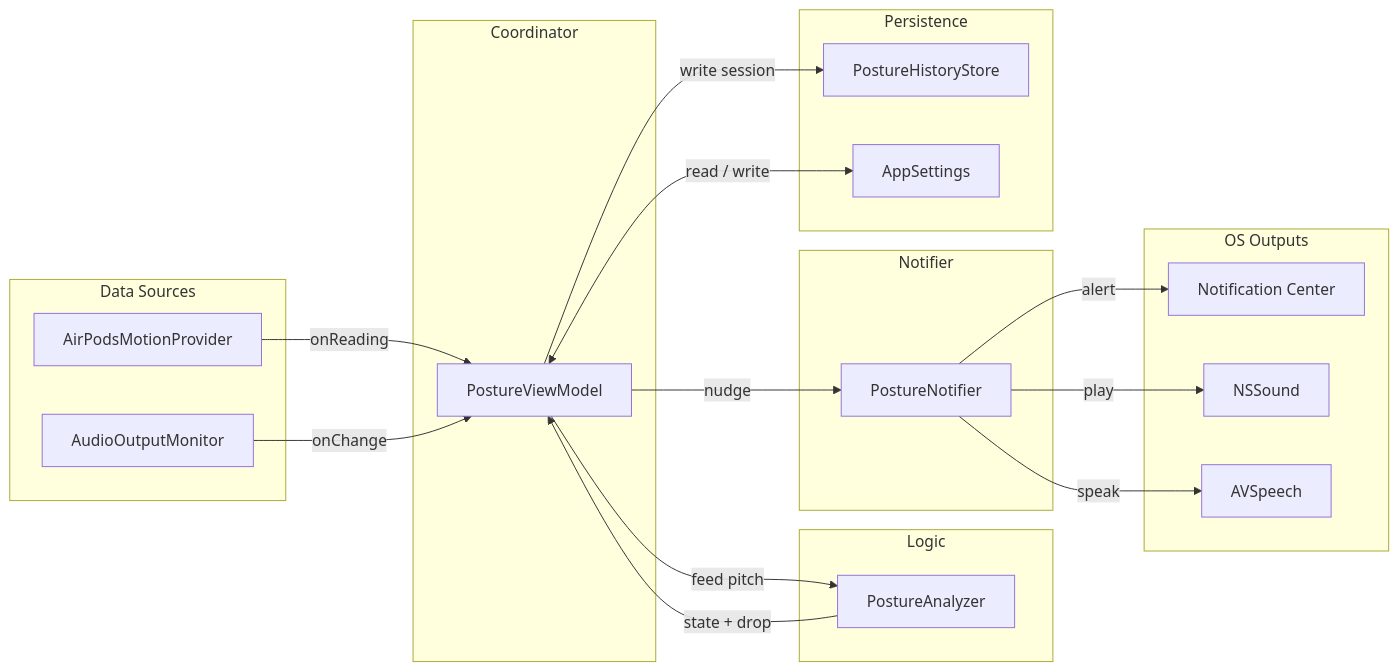
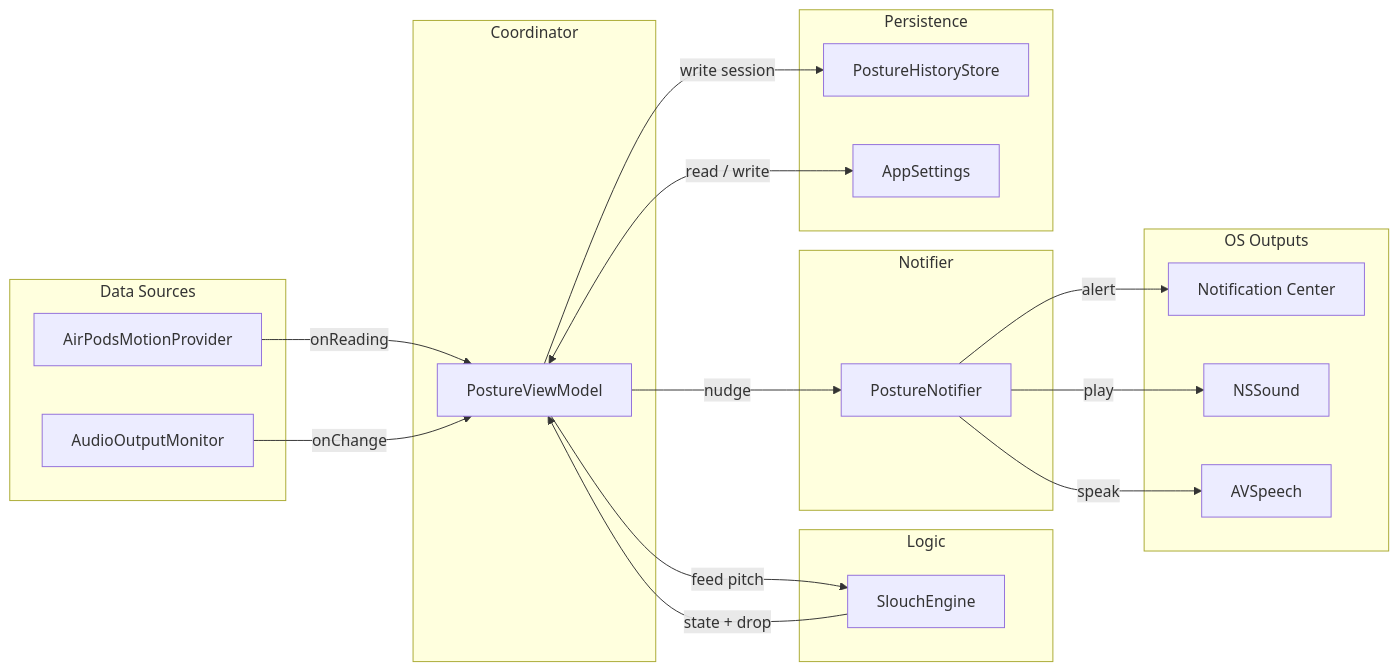
One commit to navaneethbv/NoSlouch changed the diagram in README.md. Above: the diagram before and after it, drawn with Mermaid. The commit also changed other lines of this file and 7 other files, not shown here.

````diff
--- a/README.md
+++ b/README.md
@@ -43,36 +43,36 @@
 ```mermaid
 flowchart LR
     subgraph inputs ["Data Sources"]
         AMP["AirPodsMotionProvider"]
         AOM["AudioOutputMonitor"]
     end
     subgraph core ["Coordinator"]
         PVM["PostureViewModel"]
     end
     subgraph logic ["Logic"]
-        PA["PostureAnalyzer"]
+        PA["SlouchEngine"]
     end
     subgraph output ["Notifier"]
         PN["PostureNotifier"]
     end
     subgraph persistence ["Persistence"]
         PHS["PostureHistoryStore"]
         AS["AppSettings"]
     end
     subgraph os ["OS Outputs"]
         NC["Notification Center"]
         NS["NSSound"]
         AVS["AVSpeech"]
     end
 
     AMP -->|"onReading"| PVM
     AOM -->|"onChange"| PVM
     PVM -->|"feed pitch"| PA
     PA -->|"state + drop"| PVM
     PVM -->|"nudge"| PN
     PVM -->|"write session"| PHS
     PVM <-->|"read / write"| AS
     PN -->|"alert"| NC
     PN -->|"play"| NS
     PN -->|"speak"| AVS
 ```
````
